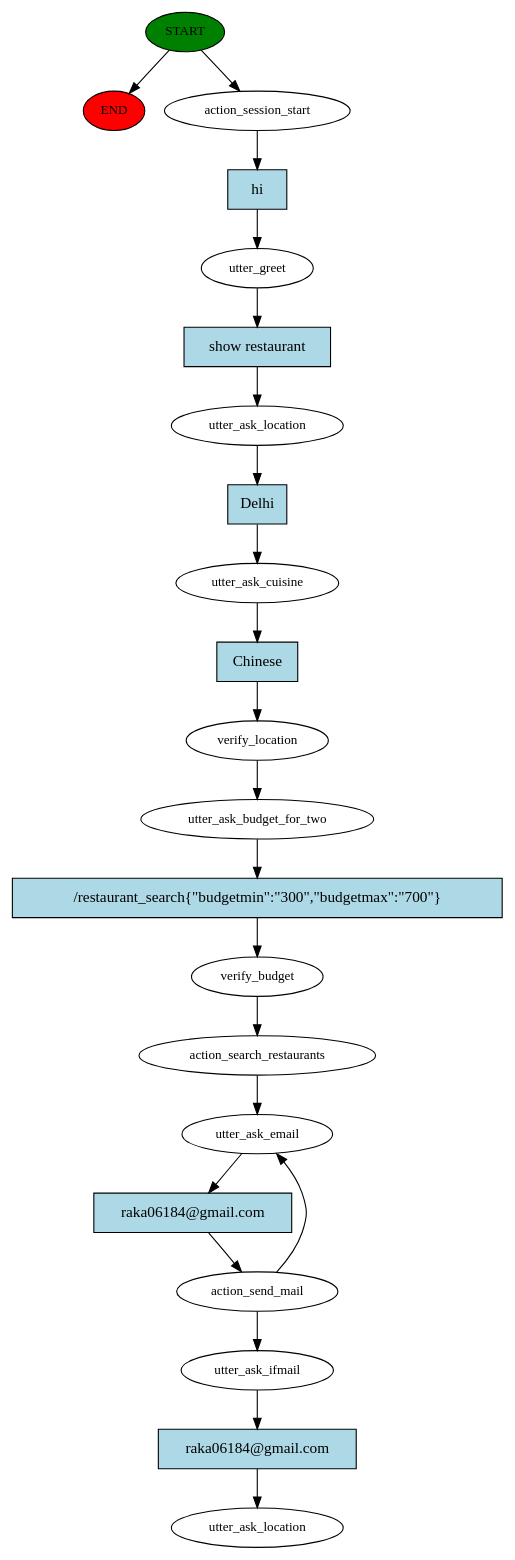
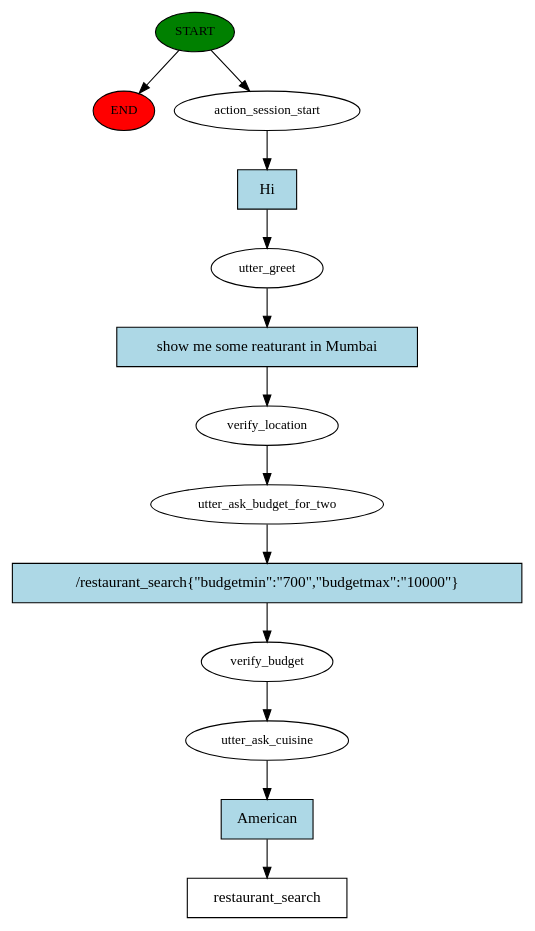
One commit to RakeshKumar045/Restaurant_Rasa_Chatbot_Python changed the diagram in story_graph.dot. Above: the diagram before and after it, drawn with Graphviz. The commit also changed 4 other files, not shown here.

```diff
--- a/story_graph.dot
+++ b/story_graph.dot
@@ -1,44 +1,27 @@
 digraph  {
 0 [class="start active", fillcolor=green, fontsize=12, label=START, style=filled];
 "-1" [class=end, fillcolor=red, fontsize=12, label=END, style=filled];
 1 [class=active, fontsize=12, label=action_session_start];
 2 [class=active, fontsize=12, label=utter_greet];
-3 [class=active, fontsize=12, label=utter_ask_location];
-4 [class=active, fontsize=12, label=utter_ask_cuisine];
-5 [class=active, fontsize=12, label=verify_location];
-6 [class=active, fontsize=12, label=utter_ask_budget_for_two];
-7 [class=active, fontsize=12, label=verify_budget];
-8 [class=active, fontsize=12, label=action_search_restaurants];
-9 [class=active, fontsize=12, label=utter_ask_email];
-10 [class=active, fontsize=12, label=action_send_mail];
-13 [class=active, fontsize=12, label=utter_ask_ifmail];
-14 [class="dashed active", fontsize=12, label=utter_ask_location];
-15 [class="intent active", fillcolor=lightblue, label=hi, shape=rect, style=filled];
-16 [class="intent active", fillcolor=lightblue, label="show restaurant", shape=rect, style=filled];
-17 [class="intent active", fillcolor=lightblue, label=Delhi, shape=rect, style=filled];
-18 [class="intent active", fillcolor=lightblue, label=Chinese, shape=rect, style=filled];
-19 [class="intent active", fillcolor=lightblue, label="/restaurant_search{\"budgetmin\":\"300\",\"budgetmax\":\"700\"}", shape=rect, style=filled];
-20 [class="intent active", fillcolor=lightblue, label="raka06184@gmail.com", shape=rect, style=filled];
-21 [class="intent active", fillcolor=lightblue, label="raka06184@gmail.com", shape=rect, style=filled];
+3 [class=active, fontsize=12, label=verify_location];
+4 [class=active, fontsize=12, label=utter_ask_budget_for_two];
+5 [class=active, fontsize=12, label=verify_budget];
+6 [class=active, fontsize=12, label=utter_ask_cuisine];
+7 [class="intent dashed active", label=restaurant_search, shape=rect];
+8 [class="intent active", fillcolor=lightblue, label=Hi, shape=rect, style=filled];
+9 [class="intent active", fillcolor=lightblue, label="show me some reaturant in Mumbai", shape=rect, style=filled];
+10 [class="intent active", fillcolor=lightblue, label="/restaurant_search{\"budgetmin\":\"700\",\"budgetmax\":\"10000\"}", shape=rect, style=filled];
+11 [class="intent active", fillcolor=lightblue, label=American, shape=rect, style=filled];
 0 -> "-1"  [class="", key=NONE, label=""];
 0 -> 1  [class=active, key=NONE, label=""];
-1 -> 15  [class=active, key=0];
-2 -> 16  [class=active, key=0];
-3 -> 17  [class=active, key=0];
-4 -> 18  [class=active, key=0];
+1 -> 8  [class=active, key=0];
+2 -> 9  [class=active, key=0];
+3 -> 4  [class=active, key=NONE, label=""];
+4 -> 10  [class=active, key=0];
 5 -> 6  [class=active, key=NONE, label=""];
-6 -> 19  [class=active, key=0];
-7 -> 8  [class=active, key=NONE, label=""];
-8 -> 9  [class=active, key=NONE, label=""];
-9 -> 20  [class=active, key=0];
-10 -> 9  [class=active, key=NONE, label=""];
-10 -> 13  [class=active, key=NONE, label=""];
-13 -> 21  [class=active, key=0];
-15 -> 2  [class=active, key=0];
-16 -> 3  [class=active, key=0];
-17 -> 4  [class=active, key=0];
-18 -> 5  [class=active, key=0];
-19 -> 7  [class=active, key=0];
-20 -> 10  [class=active, key=0];
-21 -> 14  [class=active, key=0];
+6 -> 11  [class=active, key=0];
+8 -> 2  [class=active, key=0];
+9 -> 3  [class=active, key=0];
+10 -> 5  [class=active, key=0];
+11 -> 7  [class=active, key=0];
 }
```
